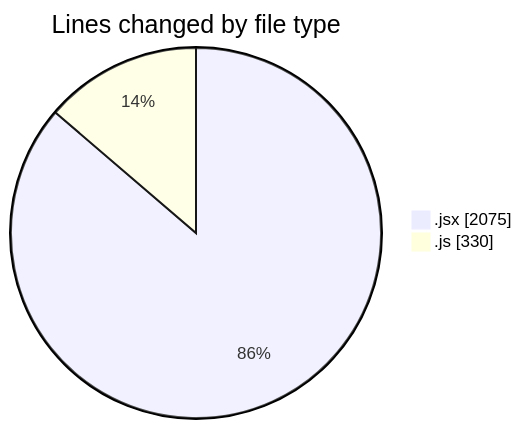
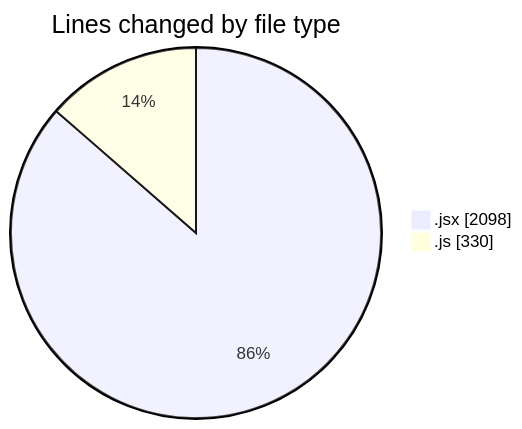
One commit to nxtqubesakshisongat/code-tracking changed the first of 2 diagrams in 2025-07-30/nxtqube_webapp/README.md. Above: the diagram before and after it, drawn with Mermaid. The commit also changed other lines of this file and 1 other file, not shown here.

````diff
--- a/2025-07-30/nxtqube_webapp/README.md
+++ b/2025-07-30/nxtqube_webapp/README.md
@@ -24,6 +24,6 @@
 ```mermaid
 pie showData
 title Lines changed by file type
-".jsx" : 2075
+".jsx" : 2098
 ".js" : 330
 ```
````
